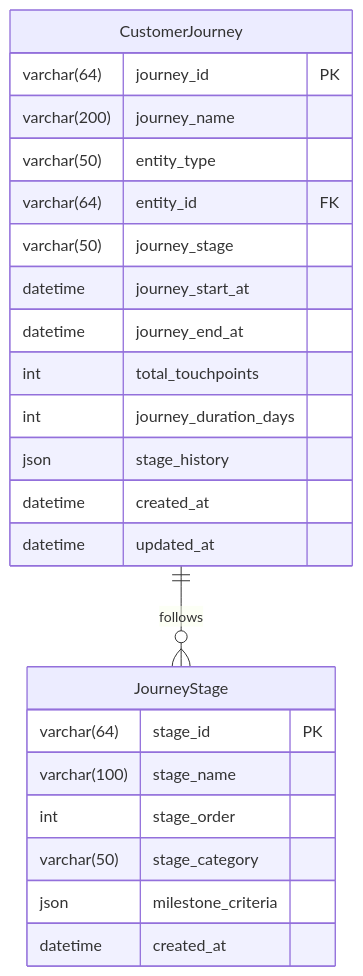
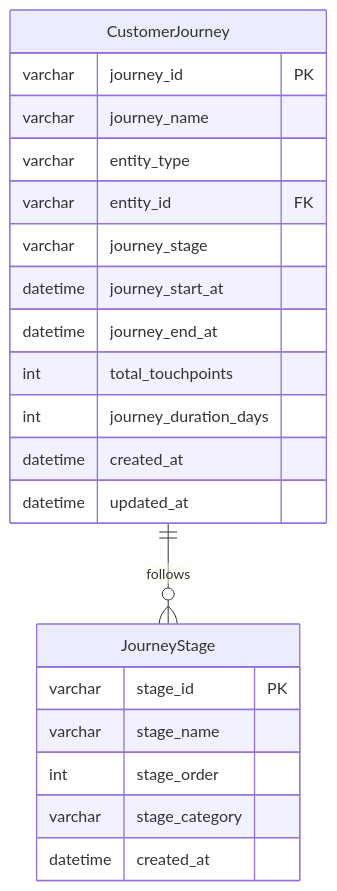
Diagram 17 of 25 in docs/b2b-cdp-entity-design.md (312268112/advanced-java), drawn with Mermaid before and after one commit. The commit also changed other lines of this file, not shown here.

Commit message:
Refactor: Update B2B CDP entity design documentation

````diff
--- a/docs/b2b-cdp-entity-design.md
+++ b/docs/b2b-cdp-entity-design.md
@@ -843,28 +811,26 @@
 ```mermaid
 erDiagram
-    CustomerJourney ||--o{ JourneyStage : "follows"
+    CustomerJourney ||--o{ JourneyStage : follows
     
     CustomerJourney {
-        varchar(64) journey_id PK
-        varchar(200) journey_name
-        varchar(50) entity_type
-        varchar(64) entity_id FK
-        varchar(50) journey_stage
+        varchar journey_id PK
+        varchar journey_name
+        varchar entity_type
+        varchar entity_id FK
+        varchar journey_stage
         datetime journey_start_at
         datetime journey_end_at
         int total_touchpoints
         int journey_duration_days
-        json stage_history
         datetime created_at
         datetime updated_at
     }
     
     JourneyStage {
-        varchar(64) stage_id PK
-        varchar(100) stage_name
+        varchar stage_id PK
+        varchar stage_name
         int stage_order
-        varchar(50) stage_category
-        json milestone_criteria
+        varchar stage_category
         datetime created_at
     }
 ```
````
